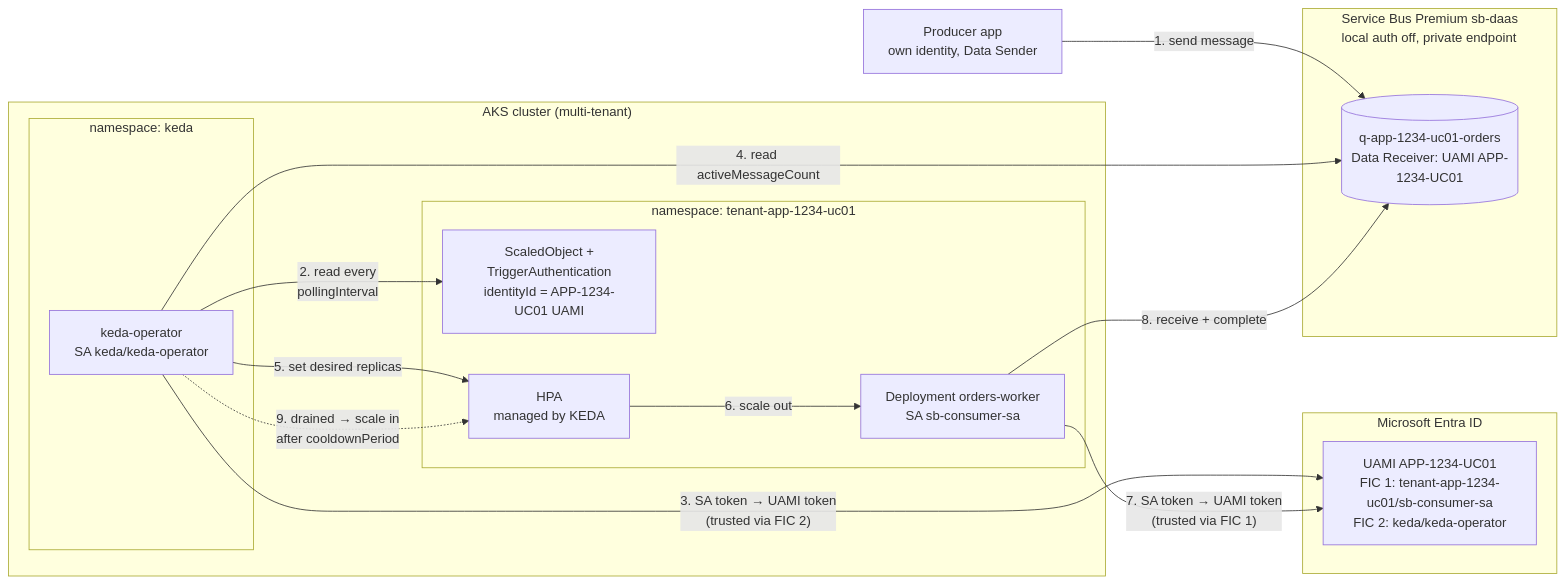
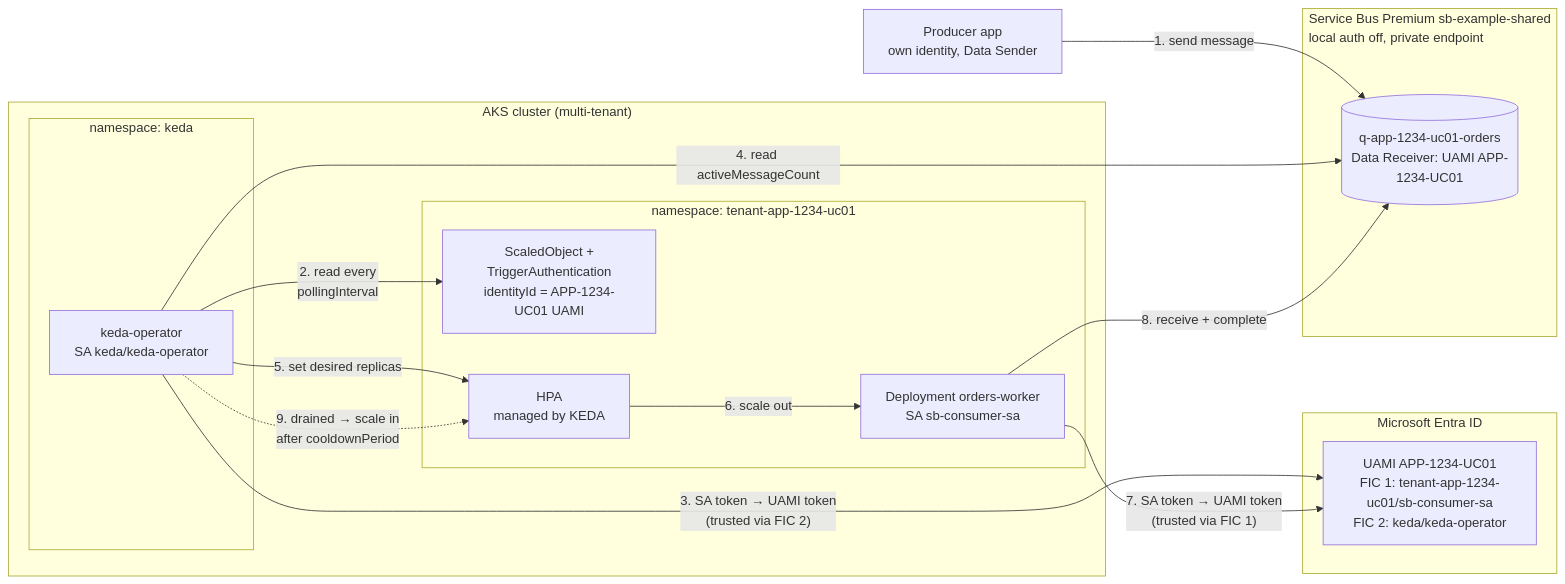
Before and after one commit to hariallaka/Service_bus_KEDA: the second of 3 diagrams in README.md, drawn with Mermaid. The commit also changed other lines of this file and 15 other files, not shown here.

First line of the commit message:
Replace internal Service Bus namespace name with a placeholder

````diff
--- a/README.md
+++ b/README.md
@@ -130,33 +130,33 @@
 ```mermaid
 flowchart LR
     PROD[Producer app<br/>own identity, Data Sender]
 
     subgraph AKS["AKS cluster (multi-tenant)"]
         subgraph KS["namespace: keda"]
             KEDA[keda-operator<br/>SA keda/keda-operator]
         end
         subgraph NSA["namespace: tenant-app-1234-uc01"]
             SOA[ScaledObject +<br/>TriggerAuthentication<br/>identityId = APP-1234-UC01 UAMI]
             HPA[HPA<br/>managed by KEDA]
             DEPA[Deployment orders-worker<br/>SA sb-consumer-sa]
         end
     end
 
     subgraph AAD["Microsoft Entra ID"]
         UAMIA[UAMI APP-1234-UC01<br/>FIC 1: tenant-app-1234-uc01/sb-consumer-sa<br/>FIC 2: keda/keda-operator]
     end
 
-    subgraph SB["Service Bus Premium sb-daas<br/>local auth off, private endpoint"]
+    subgraph SB["Service Bus Premium sb-example-shared<br/>local auth off, private endpoint"]
         QA[(q-app-1234-uc01-orders<br/>Data Receiver: UAMI APP-1234-UC01)]
     end
 
     PROD -- "1. send message" --> QA
     KEDA -- "2. read every<br/>pollingInterval" --> SOA
     KEDA -- "3. SA token → UAMI token<br/>(trusted via FIC 2)" --> UAMIA
     KEDA -- "4. read activeMessageCount" --> QA
     KEDA -- "5. set desired replicas" --> HPA
     HPA -- "6. scale out" --> DEPA
     DEPA -- "7. SA token → UAMI token<br/>(trusted via FIC 1)" --> UAMIA
     DEPA -- "8. receive + complete" --> QA
     KEDA -. "9. drained → scale in<br/>after cooldownPeriod" .-> HPA
 ```
````
